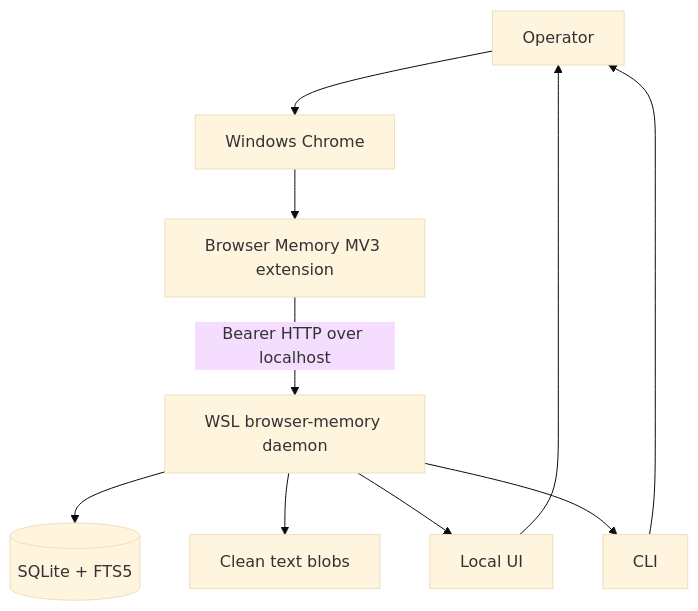
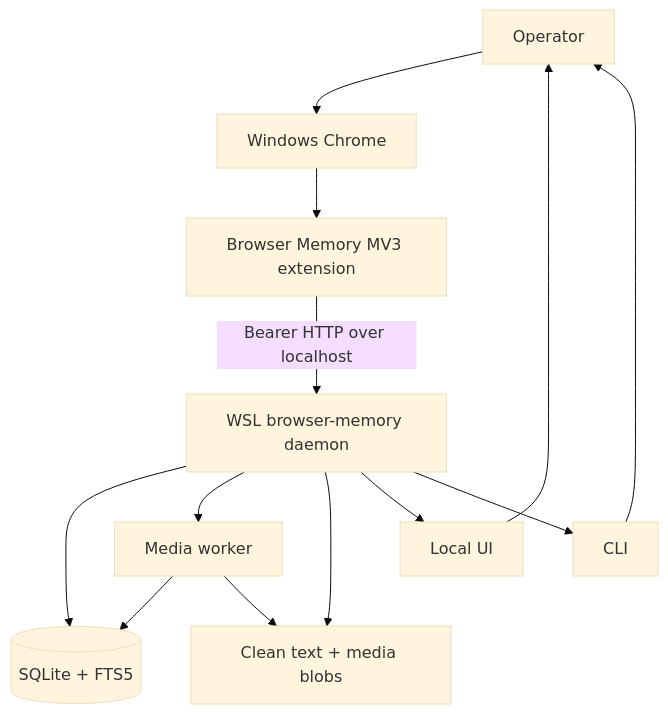
The first of 9 diagrams in docs/DIAGRAMS.md (michaelnicks0/browser-memory-daemon), drawn with Mermaid (base theme) before and after one commit. The commit also changed other lines of this file and 31 other files, not shown here.

````diff
--- a/docs/DIAGRAMS.md
+++ b/docs/DIAGRAMS.md
@@ -11,12 +11,15 @@
 ```mermaid
 flowchart TB
   Operator[Operator] --> Chrome[Windows Chrome]
   Chrome --> Extension[Browser Memory MV3 extension]
   Extension -->|Bearer HTTP over localhost| Daemon[WSL browser-memory daemon]
   Daemon --> SQLite[(SQLite + FTS5)]
-  Daemon --> Blobs[Clean text blobs]
+  Daemon --> MediaWorker[Media worker]
+  MediaWorker --> SQLite
+  Daemon --> Blobs[Clean text + media blobs]
+  MediaWorker --> Blobs
   Daemon --> UI[Local UI]
   Daemon --> CLI[CLI]
   UI --> Operator
   CLI --> Operator
 ```
````
